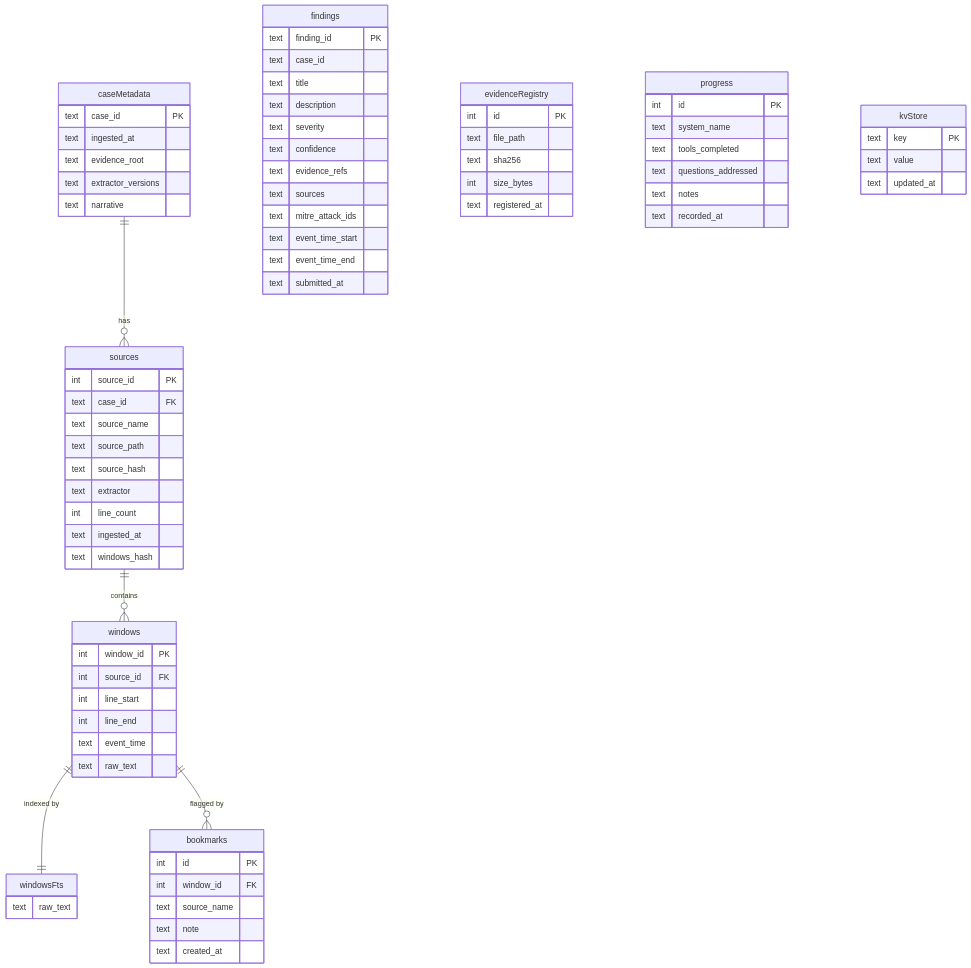
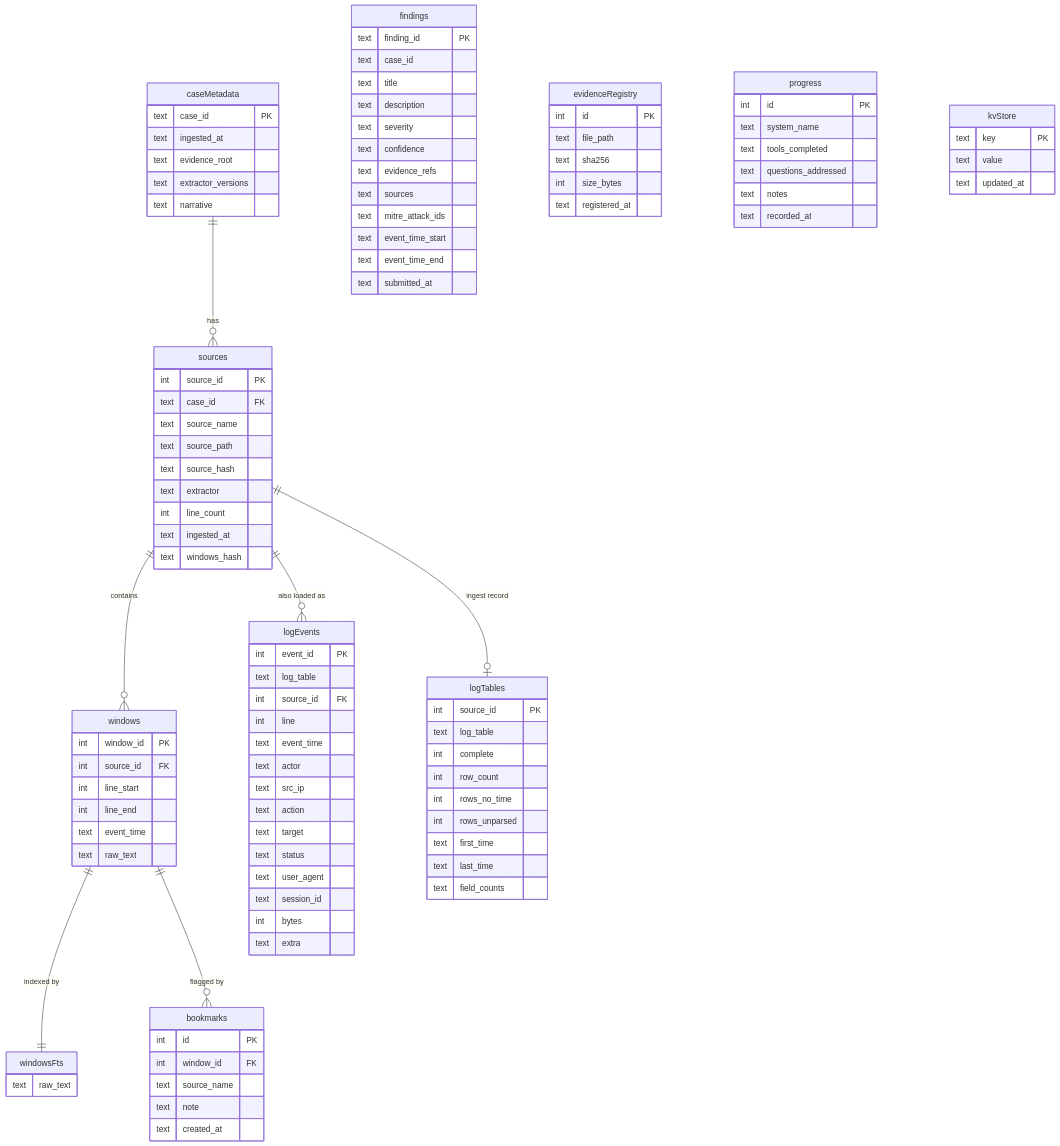
One commit to calebevans/mulder changed the fifth of 6 diagrams in docs/architecture.md. Above: the diagram before and after it, drawn with Mermaid. The commit also changed other lines of this file and 12 other files, not shown here.

First line of the commit message:
feat(logs): log tables with bounded top-N, histogram and row tools

````diff
--- a/docs/architecture.md
+++ b/docs/architecture.md
@@ -368,8 +369,39 @@
         text updated_at
     }
 
+    logEvents {
+        int event_id PK
+        text log_table
+        int source_id FK
+        int line
+        text event_time
+        text actor
+        text src_ip
+        text action
+        text target
+        text status
+        text user_agent
+        text session_id
+        int bytes
+        text extra
+    }
+
+    logTables {
+        int source_id PK
+        text log_table
+        int complete
+        int row_count
+        int rows_no_time
+        int rows_unparsed
+        text first_time
+        text last_time
+        text field_counts
+    }
+
     caseMetadata ||--o{ sources : "has"
     sources ||--o{ windows : "contains"
     windows ||--|| windowsFts : "indexed by"
     windows ||--o{ bookmarks : "flagged by"
+    sources ||--o{ logEvents : "also loaded as"
+    sources ||--o| logTables : "ingest record"
 ```
````
